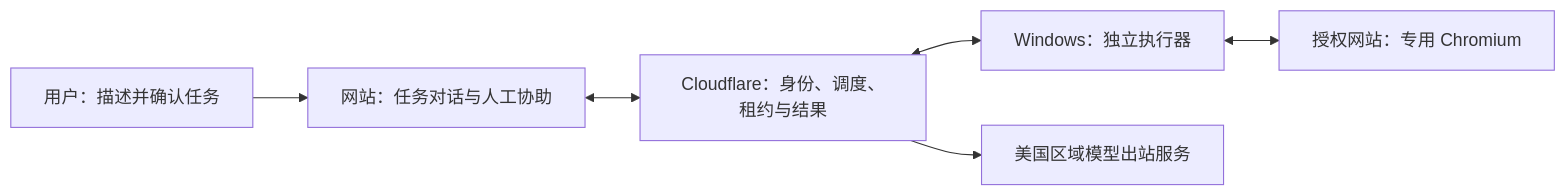
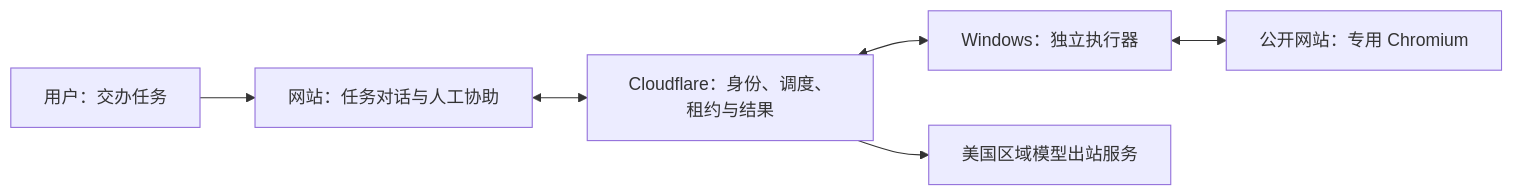
Before and after one commit to zhangheng2022/taskrelay: the diagram in README.md, drawn with Mermaid. The commit also changed other lines of this file and 48 other files, not shown here.

````diff
--- a/README.md
+++ b/README.md
@@ -34,8 +34,8 @@
 ```mermaid
 flowchart LR
-  U[用户：描述并确认任务] --> W[网站：任务对话与人工协助]
+  U[用户：交办任务] --> W[网站：任务对话与人工协助]
   W <--> C[Cloudflare：身份、调度、租约与结果]
   C <--> E[Windows：独立执行器]
-  E <--> S[授权网站：专用 Chromium]
+  E <--> S[公开网站：专用 Chromium]
   C --> M[美国区域模型出站服务]
 ```
````
